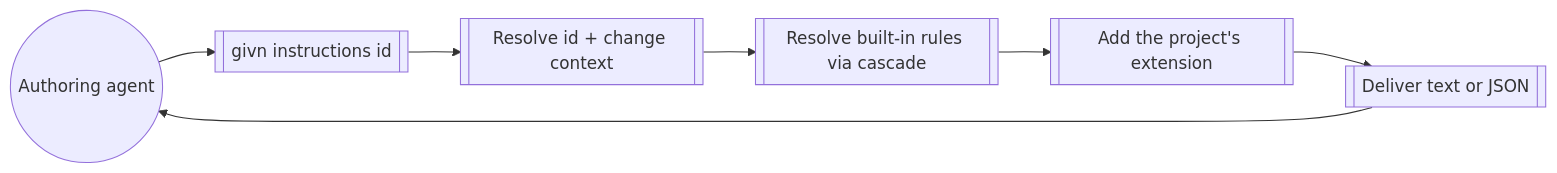
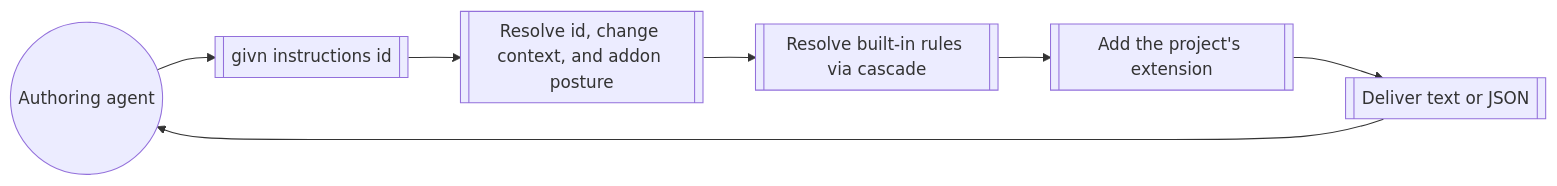
The diagram in givn/specs/obtain-effective-guidance/usecase.md (buster/givn), drawn with Mermaid before and after one commit. The commit also changed other lines of this file and 49 other files, not shown here.

````diff
--- a/givn/specs/obtain-effective-guidance/usecase.md
+++ b/givn/specs/obtain-effective-guidance/usecase.md
@@ -134,9 +141,9 @@
 ```mermaid
 flowchart LR
   Agent((Authoring agent)) --> Req[[givn instructions id]]
-  Req --> Resolve[[Resolve id + change context]]
+  Req --> Resolve[[Resolve id, change context, and addon posture]]
   Resolve --> Builtin[[Resolve built-in rules via cascade]]
   Builtin --> Merge[[Add the project's extension]]
   Merge --> Deliver[[Deliver text or JSON]]
   Deliver --> Agent
 ```
````
